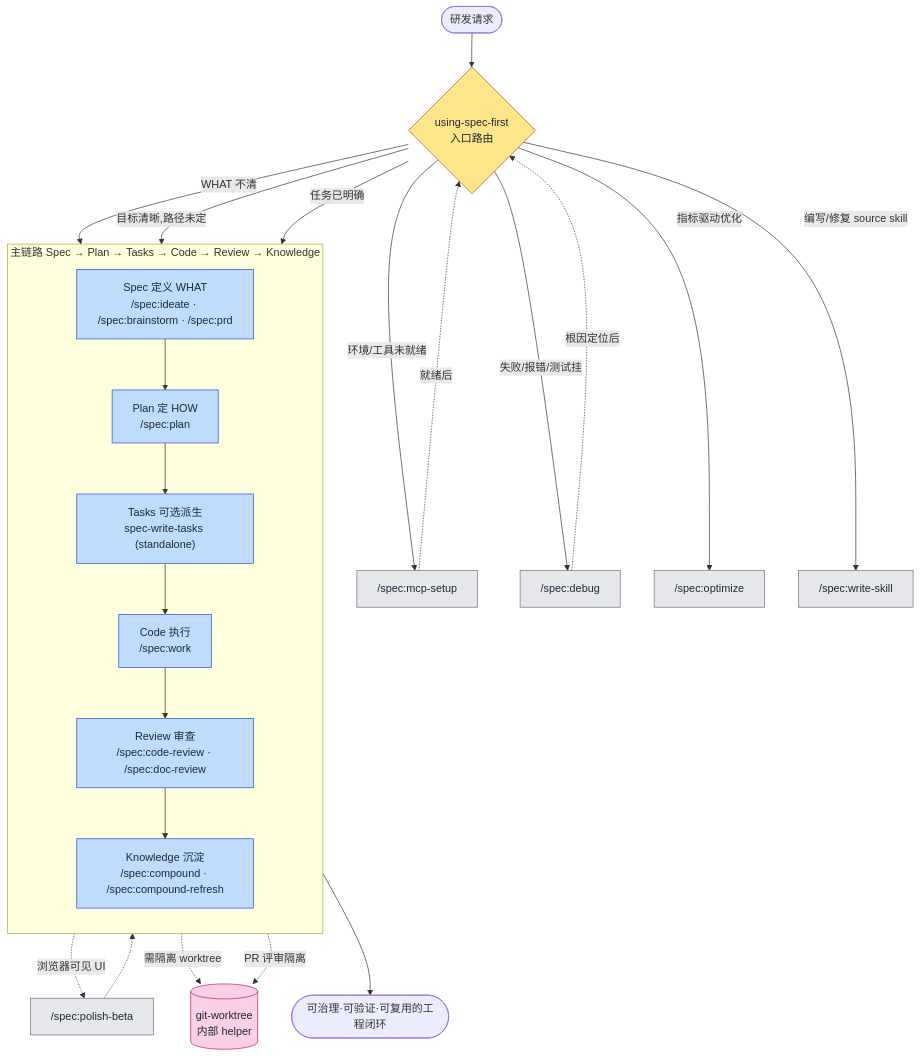
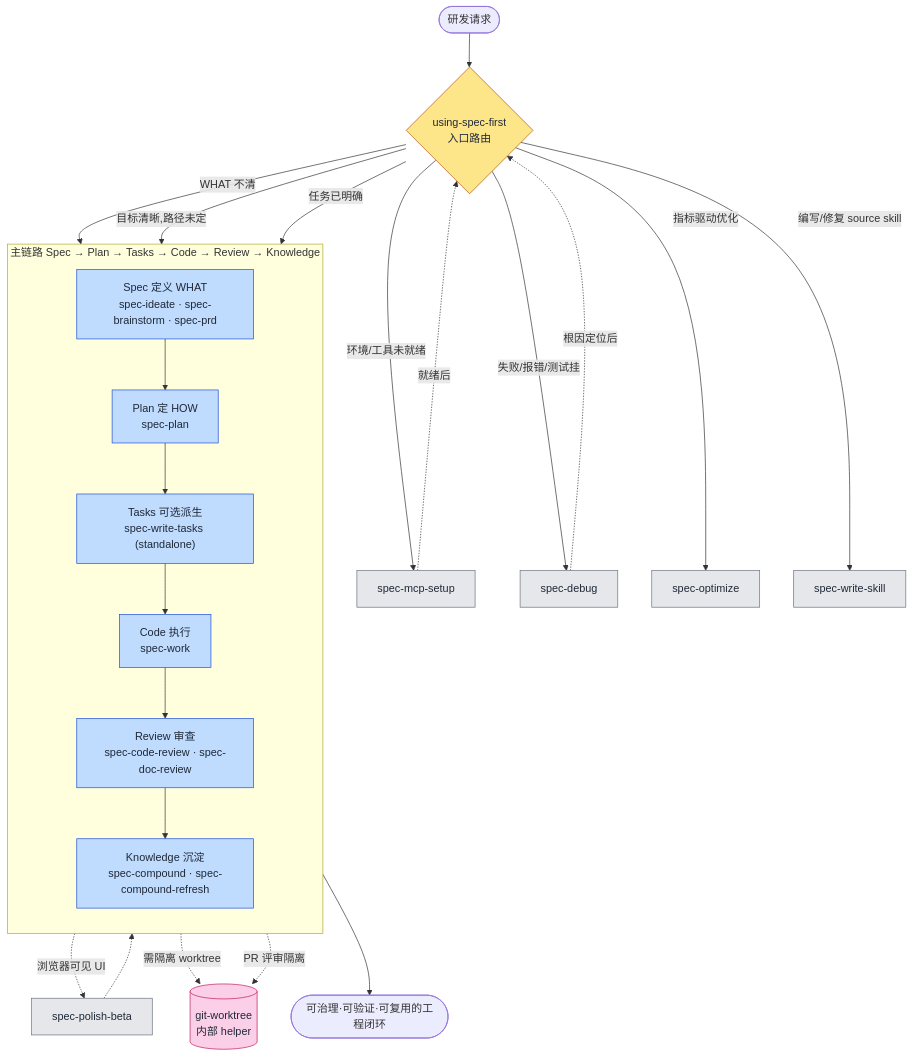
The diagram in 研发场景-workflow执行链路.md (leo-kuang-ai/spec-first), drawn with Mermaid before and after one commit. The commit also changed other lines of this file and 9 other files, not shown here.

First line of the commit message:
fix(runtime-setup): 修复 Graphify npm 安装/升级后的 PATH symlink 抢占

````diff
--- a/研发场景-workflow执行链路.md
+++ b/研发场景-workflow执行链路.md
@@ -59,50 +59,50 @@
 ```mermaid
 flowchart TD
     Start([研发请求]) --> Gov{using-spec-first<br/>入口路由}
 
     %% 旁路/支撑
-    Gov -->|环境/工具未就绪| Setup["/spec:mcp-setup"]
-    Gov -->|失败/报错/测试挂| Debug["/spec:debug"]
-    Gov -->|指标驱动优化| Opt["/spec:optimize"]
-    Gov -->|编写/修复 source skill| WriteSkill["/spec:write-skill"]
+    Gov -->|环境/工具未就绪| Setup["spec-mcp-setup"]
+    Gov -->|失败/报错/测试挂| Debug["spec-debug"]
+    Gov -->|指标驱动优化| Opt["spec-optimize"]
+    Gov -->|编写/修复 source skill| WriteSkill["spec-write-skill"]
     Setup -.就绪后.-> Gov
     Debug -.根因定位后.-> Gov
 
     %% 主链路
     Gov -->|WHAT 不清| Spec
     Gov -->|目标清晰,路径未定| Plan
     Gov -->|任务已明确| Code
 
     subgraph 主链路 [主链路 Spec → Plan → Tasks → Code → Review → Knowledge]
         direction TB
-        Spec["Spec 定义 WHAT<br/>/spec:ideate · /spec:brainstorm · /spec:prd"]
-        Plan["Plan 定 HOW<br/>/spec:plan"]
+        Spec["Spec 定义 WHAT<br/>spec-ideate · spec-brainstorm · spec-prd"]
+        Plan["Plan 定 HOW<br/>spec-plan"]
         Tasks["Tasks 可选派生<br/>spec-write-tasks (standalone)"]
-        Code["Code 执行<br/>/spec:work"]
-        Review["Review 审查<br/>/spec:code-review · /spec:doc-review"]
-        Know["Knowledge 沉淀<br/>/spec:compound · /spec:compound-refresh"]
+        Code["Code 执行<br/>spec-work"]
+        Review["Review 审查<br/>spec-code-review · spec-doc-review"]
+        Know["Knowledge 沉淀<br/>spec-compound · spec-compound-refresh"]
 
         Spec --> Plan --> Tasks --> Code --> Review --> Know
     end
 
     %% UI 打磨旁路
-    Code -.浏览器可见 UI.-> Polish["/spec:polish-beta"]
+    Code -.浏览器可见 UI.-> Polish["spec-polish-beta"]
     Polish -.-> Review
 
     %% 内部 helper
     Code -.需隔离 worktree.-> WT[(git-worktree<br/>内部 helper)]
     Review -.PR 评审隔离.-> WT
 
     Know --> End([可治理·可验证·可复用的工程闭环])
 
     classDef gov fill:#fde68a,stroke:#b45309,color:#1f2937;
     classDef main fill:#bfdbfe,stroke:#1d4ed8,color:#1f2937;
     classDef side fill:#e5e7eb,stroke:#6b7280,color:#1f2937;
     classDef helper fill:#fbcfe8,stroke:#be185d,color:#1f2937;
 
     class Gov gov;
     class Spec,Plan,Tasks,Code,Review,Know main;
     class Setup,Debug,Opt,Polish side;
     class WriteSkill side;
     class WT helper;
 ```
````
